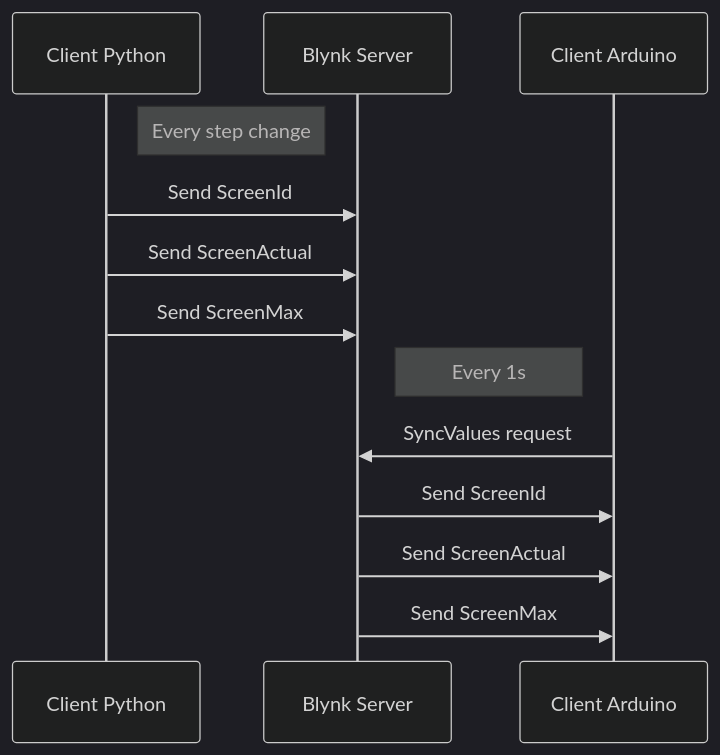
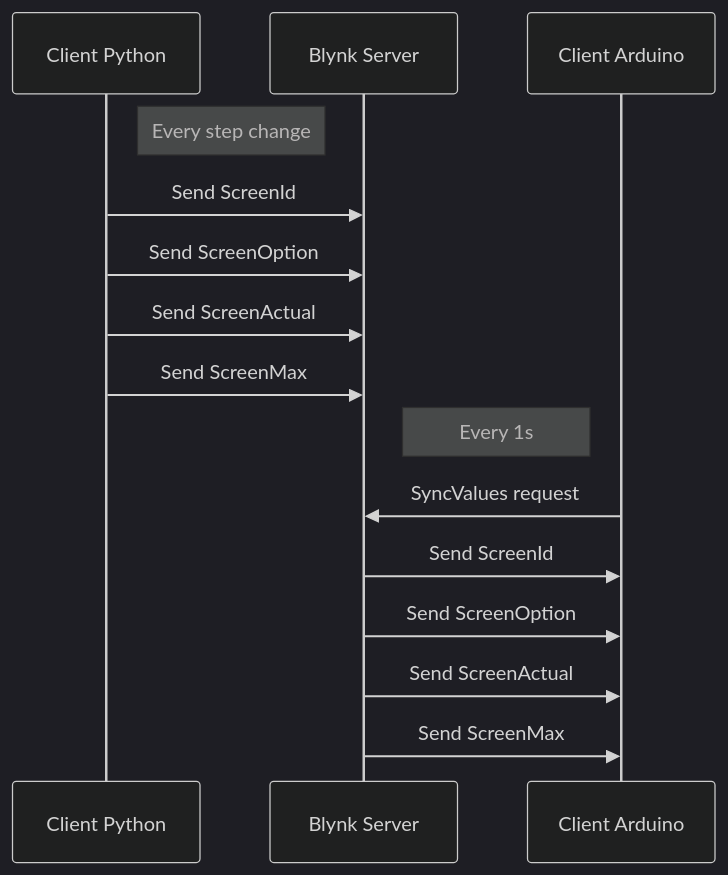
The diagram in README.md (acatoire/rollout-makers), drawn with Mermaid (dark theme) before and after one commit. The commit also changed other lines of this file, not shown here.

Commit message:
Add option

````diff
--- a/README.md
+++ b/README.md
@@ -8,14 +8,15 @@
 ```mermaid
 sequenceDiagram
-
 Note right of Client Python: Every step change
 Client Python ->> Blynk Server: Send ScreenId
+Client Python ->> Blynk Server: Send ScreenOption
 Client Python ->> Blynk Server: Send ScreenActual
 Client Python ->> Blynk Server: Send ScreenMax
 
 Note left of Client Arduino: Every 1s
 Client Arduino ->> Blynk Server: SyncValues request
 Blynk Server ->> Client Arduino: Send ScreenId
+Blynk Server ->> Client Arduino: Send ScreenOption
 Blynk Server ->> Client Arduino: Send ScreenActual
 Blynk Server ->> Client Arduino: Send ScreenMax
 ```
````
